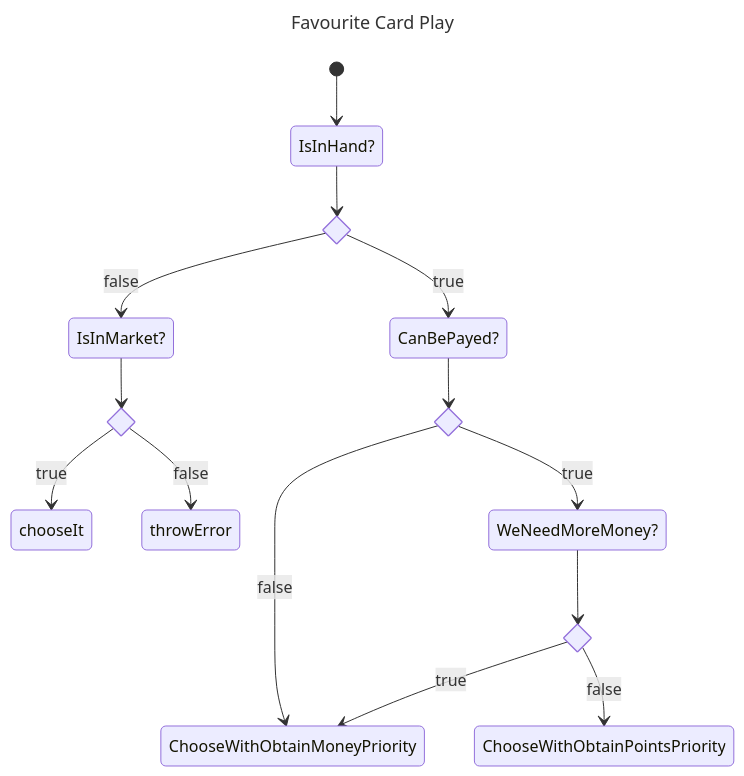
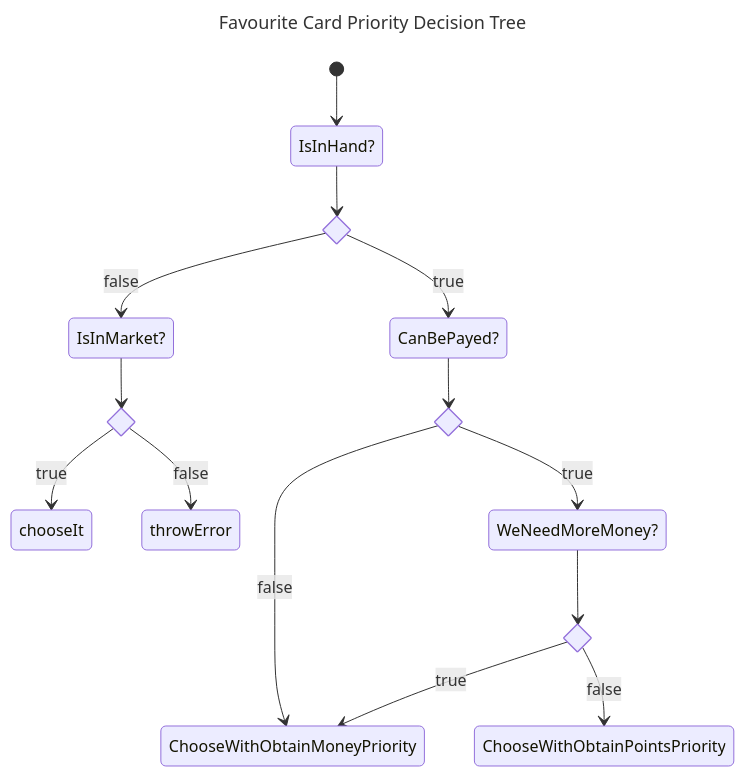
Before and after one commit to Eric11195/ValeOfEternity_ia_project: the second of 2 diagrams in README.md, drawn with Mermaid. The commit also changed other lines of this file, not shown here.

````diff
--- a/README.md
+++ b/README.md
@@ -352,23 +352,23 @@
 ```mermaid
 ---
-title: Favourite Card Play
+title: Favourite Card Priority Decision Tree
 ---
 stateDiagram-v2
 state if_state <<choice>>
 state if_state2 <<choice>>
 state if_state3 <<choice>>
 state if_state4 <<choice>>
 [*] --> IsInHand?
 IsInHand? --> if_state
 if_state --> CanBePayed?:true
 if_state --> IsInMarket?:false
 IsInMarket? --> if_state2
 if_state2 --> chooseIt:true
 if_state2 --> throwError:false
 CanBePayed? --> if_state3
 if_state3 --> WeNeedMoreMoney?:true
 if_state3 --> ChooseWithObtainMoneyPriority:false
 WeNeedMoreMoney? --> if_state4
 if_state4 --> ChooseWithObtainMoneyPriority:true
 if_state4 --> ChooseWithObtainPointsPriority:false
 ```
````
